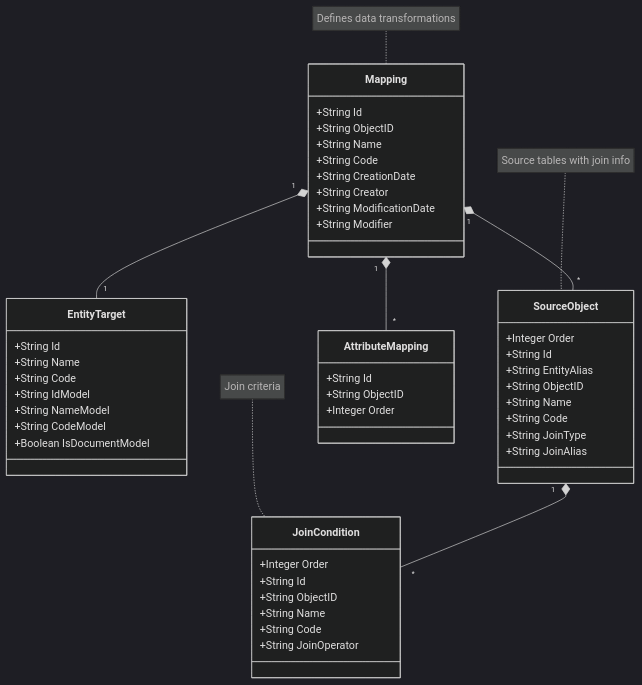
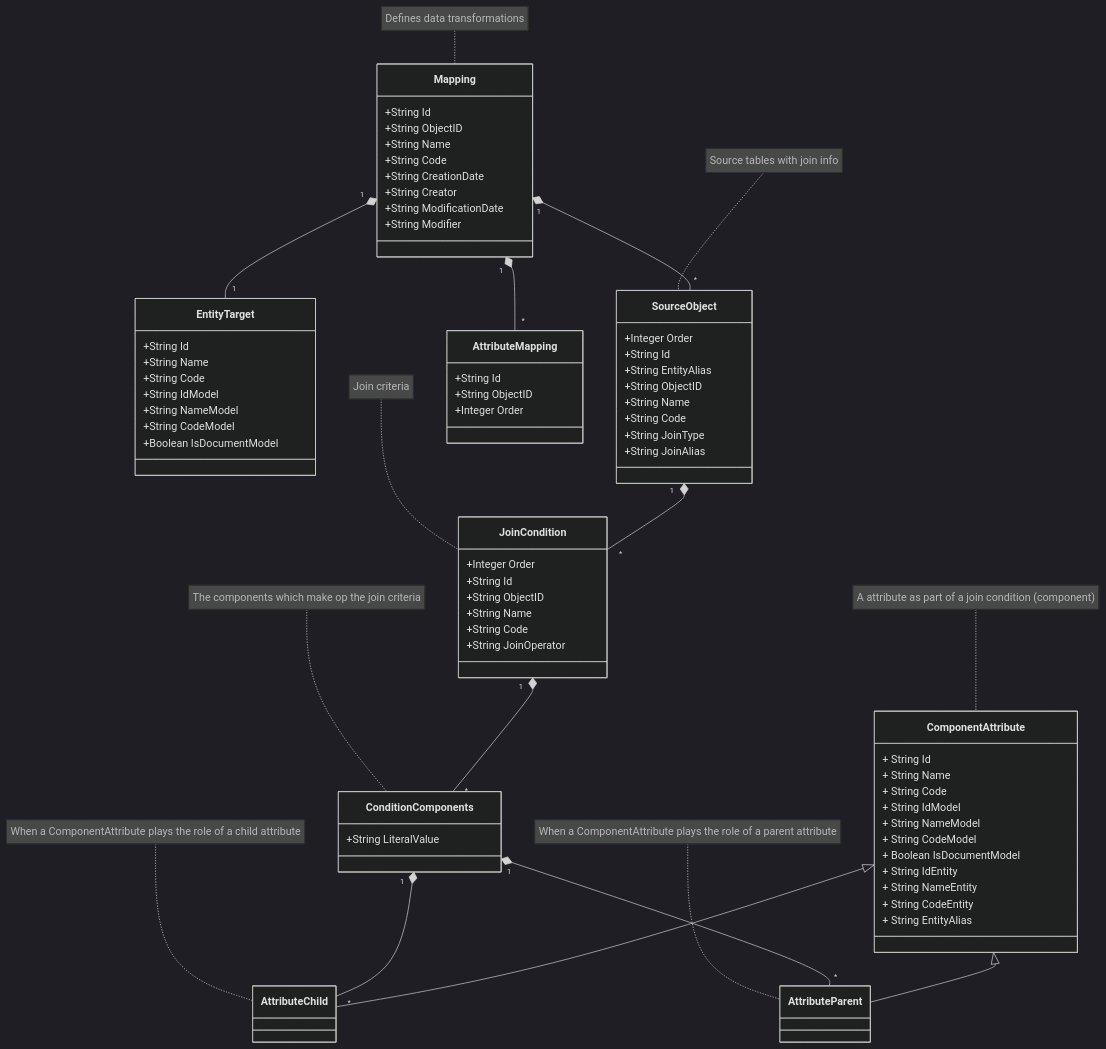
Before and after one commit to mark-me/etl_templates: the third of 3 diagrams in docs/Model_Extractor.md, drawn with Mermaid (dark theme). The commit also changed other lines of this file, not shown here.

Commit message:
Added condition components

````diff
--- a/docs/Model_Extractor.md
+++ b/docs/Model_Extractor.md
@@ -85,52 +85,81 @@
 ```mermaid
 classDiagram
     class Mapping {
         +String Id
         +String ObjectID
         +String Name
         +String Code
         +String CreationDate
         +String Creator
         +String ModificationDate
         +String Modifier
     }
     class EntityTarget {
         +String Id
         +String Name
         +String Code
         +String IdModel
         +String NameModel
         +String CodeModel
         +Boolean IsDocumentModel
     }
     class SourceObject {
         +Integer Order
         +String Id
         +String EntityAlias
         +String ObjectID
         +String Name
         +String Code
         +String JoinType
         +String JoinAlias
     }
     class JoinCondition {
         +Integer Order
         +String Id
         +String ObjectID
         +String Name
         +String Code
         +String JoinOperator
     }
+    class ConditionComponents{
+        +String LiteralValue
+    }
+    class ComponentAttribute{
+        + String Id
+        + String Name
+        + String Code
+        + String IdModel
+        + String NameModel
+        + String CodeModel
+        + Boolean IsDocumentModel
+        + String IdEntity
+        + String NameEntity
+        + String CodeEntity
+        + String EntityAlias
+    }
+    class AttributeChild{
+    }
+    class AttributeParent{
+    }
     class AttributeMapping {
         +String Id
         +String ObjectID
         +Integer Order
     }
     Mapping "1" *-- "1" EntityTarget
     Mapping "1" *-- "*" SourceObject
     SourceObject "1" *-- "*" JoinCondition
+    JoinCondition "1" *-- "*" ConditionComponents
+    ConditionComponents "1" *-- "*" AttributeChild
+    ConditionComponents "1" *-- "*" AttributeParent
+    ComponentAttribute <|-- AttributeChild
+    ComponentAttribute <|-- AttributeParent
     Mapping "1" *-- "*" AttributeMapping
     note for Mapping "Defines data transformations"
     note for SourceObject "Source tables with join info"
     note for JoinCondition "Join criteria"
+    note for ConditionComponents "The components which make op the join criteria"
+    note for ComponentAttribute "A attribute as part of a join condition (component)"
+    note for AttributeChild "When a ComponentAttribute plays the role of a child attribute"
+    note for AttributeParent "When a ComponentAttribute plays the role of a parent attribute"
 ```
````
